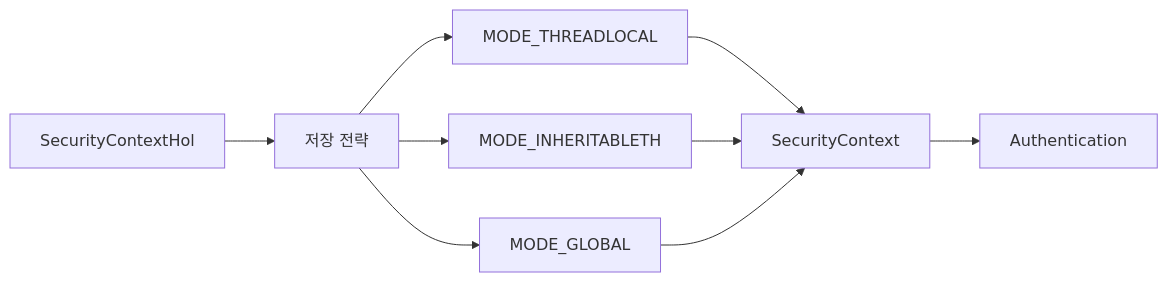
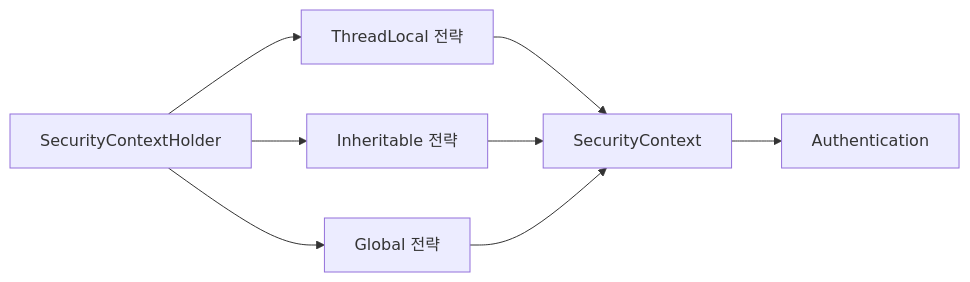
One commit to yjkim2015/yjkim2015.github.io changed the first of 2 diagrams in _posts/security/2021-05-25-SecurityContextHolder, SecurityContext.md. Above: the diagram before and after it, drawn with Mermaid. The commit also changed 163 other files, not shown here.

First line of the commit message:
Mermaid 300개 블록 내용 축소: 5노드 5엣지 이하, 의미 있는 약어

````diff
--- a/_posts/security/2021-05-25-SecurityContextHolder, SecurityContext.md
+++ b/_posts/security/2021-05-25-SecurityContextHolder, SecurityContext.md
@@ -20,11 +20,8 @@
 ```mermaid
-flowchart LR
-    A["SecurityContextHol"] --> B["저장 전략"]
-    B --> C["MODE_THREADLOCAL"]
-    B --> D["MODE_INHERITABLETH"]
-    B --> E["MODE_GLOBAL"]
-    C --> F["SecurityContext"]
-    D --> F
-    E --> F
+graph LR
+    A["SecurityContextHolder"] --> B["ThreadLocal 전략"]
+    A --> C["Inheritable 전략"]
+    A --> D["Global 전략"]
+    B & C & D --> F["SecurityContext"]
     F --> G["Authentication"]
 ```
````
